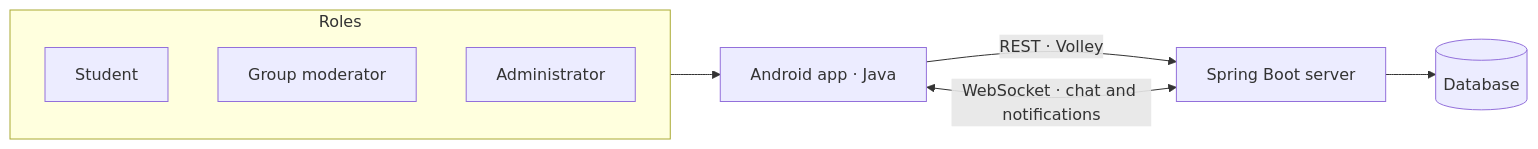
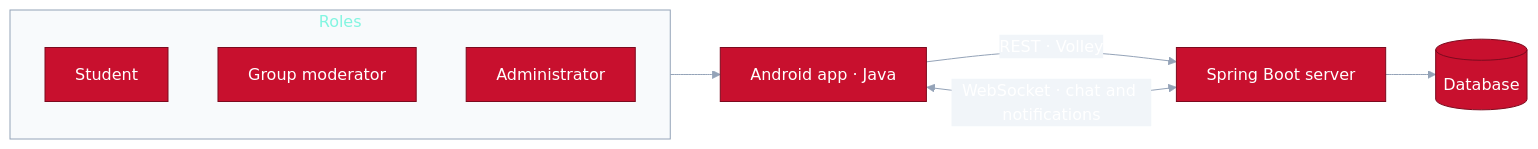
The diagram in README.md (devjwk/coms3090-2_sc_2), drawn with Mermaid before and after one commit. The commit also changed other lines of this file, not shown here.

Commit message:
Add concept banner and color theme to README

````diff
--- a/README.md
+++ b/README.md
@@ -47,12 +43,13 @@
 ```mermaid
+%%{init: {"theme": "base", "themeVariables": {"primaryColor": "#C8102E", "primaryTextColor": "#ffffff", "primaryBorderColor": "#7C0A1E", "lineColor": "#94A3B8", "secondaryColor": "#C8102E", "tertiaryColor": "#7C0A1E", "clusterBkg": "#F8FAFC", "clusterBorder": "#94A3B8", "edgeLabelBackground": "#F1F5F9", "fontFamily": "ui-sans-serif, system-ui, sans-serif"}}}%%
 flowchart LR
     A["Android app · Java"] -->|"REST · Volley"| S["Spring Boot server"]
     A <-->|"WebSocket · chat and notifications"| S
     S --> D[("Database")]
     subgraph Roles
       U["Student"]
       M["Group moderator"]
       AD["Administrator"]
     end
     Roles --> A
 ```
````
